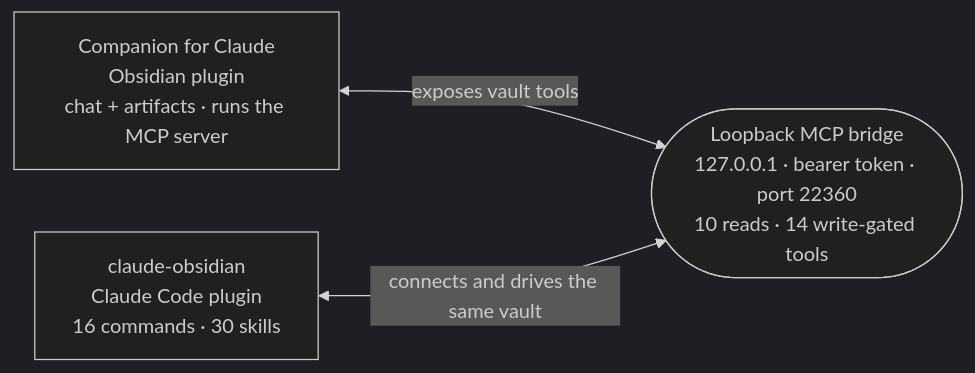
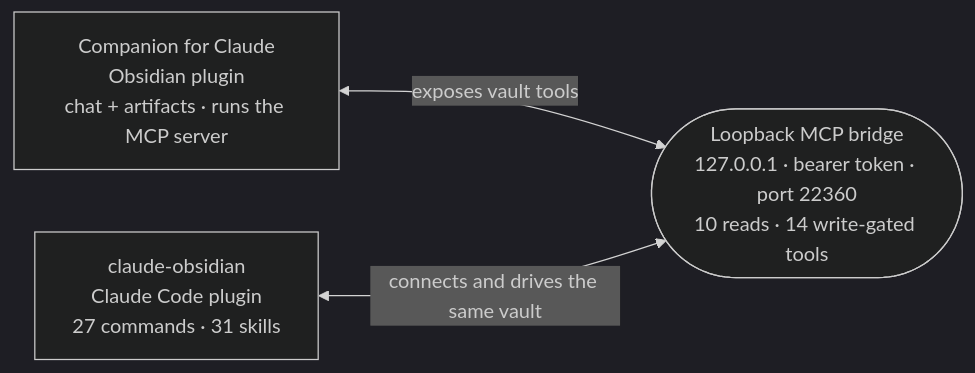
Before and after one commit to cavi-ai/claude-obsidian: the diagram in README.md, drawn with Mermaid (dark theme). The commit also changed other lines of this file and 13 other files, not shown here.

````diff
--- a/README.md
+++ b/README.md
@@ -198,9 +108,9 @@
 ```mermaid
 flowchart LR
     companion["Companion for Claude<br/>Obsidian plugin<br/>chat + artifacts · runs the MCP server"]
     bridge(["Loopback MCP bridge<br/>127.0.0.1 · bearer token · port 22360<br/>10 reads · 14 write-gated tools"])
-    code["claude-obsidian<br/>Claude Code plugin<br/>16 commands · 30 skills"]
+    code["claude-obsidian<br/>Claude Code plugin<br/>27 commands · 31 skills"]
 
     companion <-->|"exposes vault tools"| bridge
     code <-->|"connects and drives the same vault"| bridge
 ```
````
